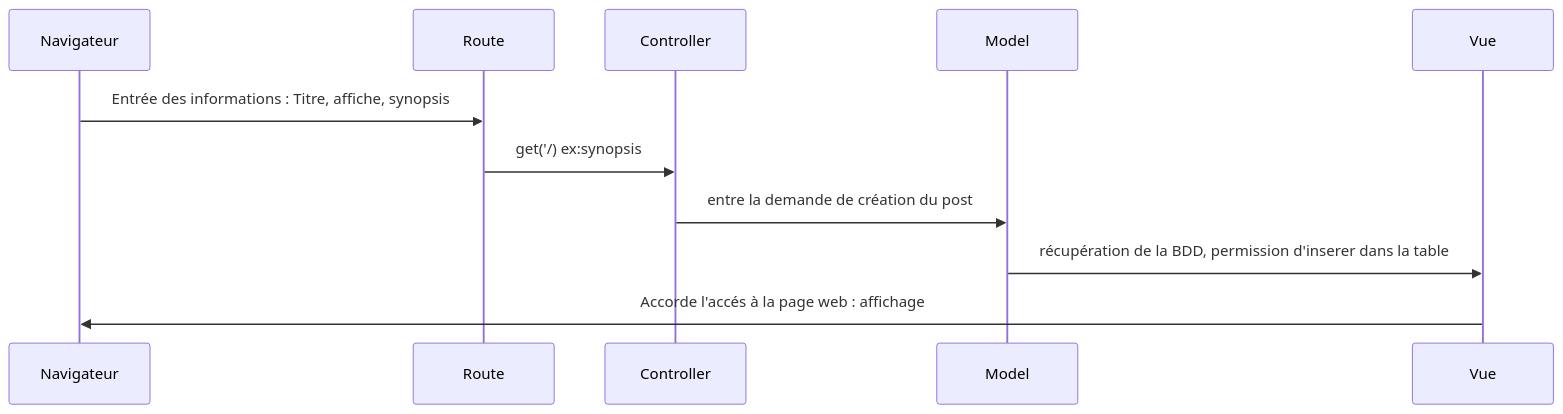
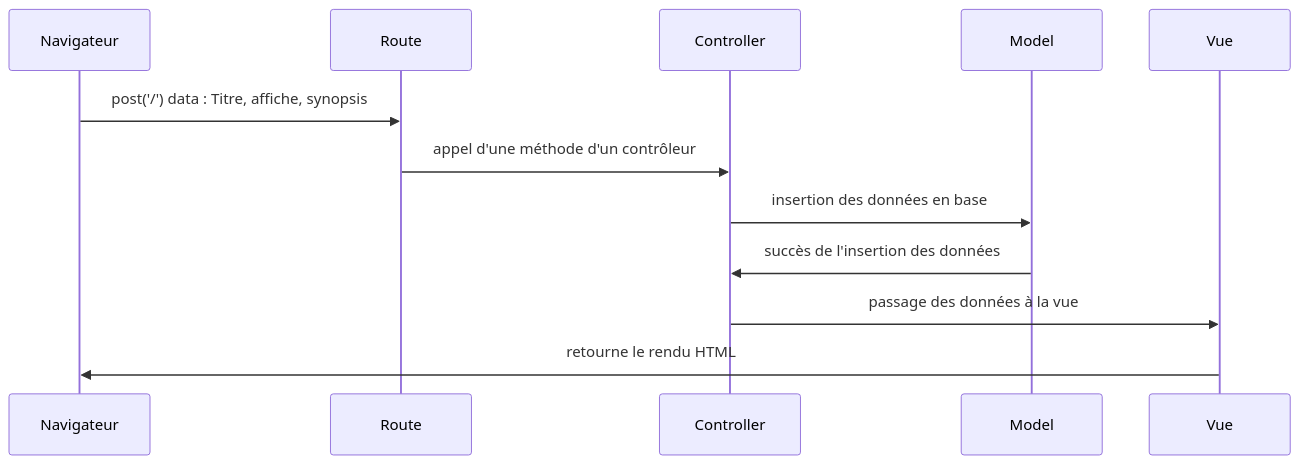
The diagram in diag creation d'un poste.md (Colossus1985/Sprint-07), drawn with Mermaid before and after one commit.

Commit message:
Correction du diagramme UML de séquence

````diff
--- a/diag creation d'un poste.md
+++ b/diag creation d'un poste.md
@@ -3,16 +3,15 @@
 ```mermaid
 sequenceDiagram
 participant Navigateur
 participant Route
 participant Controller
 participant Model
 participant Vue
 
-Navigateur->>Route: Entrée des informations : Titre, affiche, synopsis
-Route->>Controller: get('/) ex:synopsis
-Controller->>Model: entre la demande de création du post
-Model->>Vue: récupération de la BDD, permission d'inserer dans la table
-Vue->>Navigateur: Accorde l'accés à la page web : affichage
-
-
+Navigateur->>Route: post('/') data : Titre, affiche, synopsis
+Route->>Controller: appel d'une méthode d'un contrôleur
+Controller->>Model: insertion des données en base
+Model->>Controller: succès de l'insertion des données
+Controller->>Vue: passage des données à la vue
+Vue->>Navigateur: retourne le rendu HTML
 ```
````
